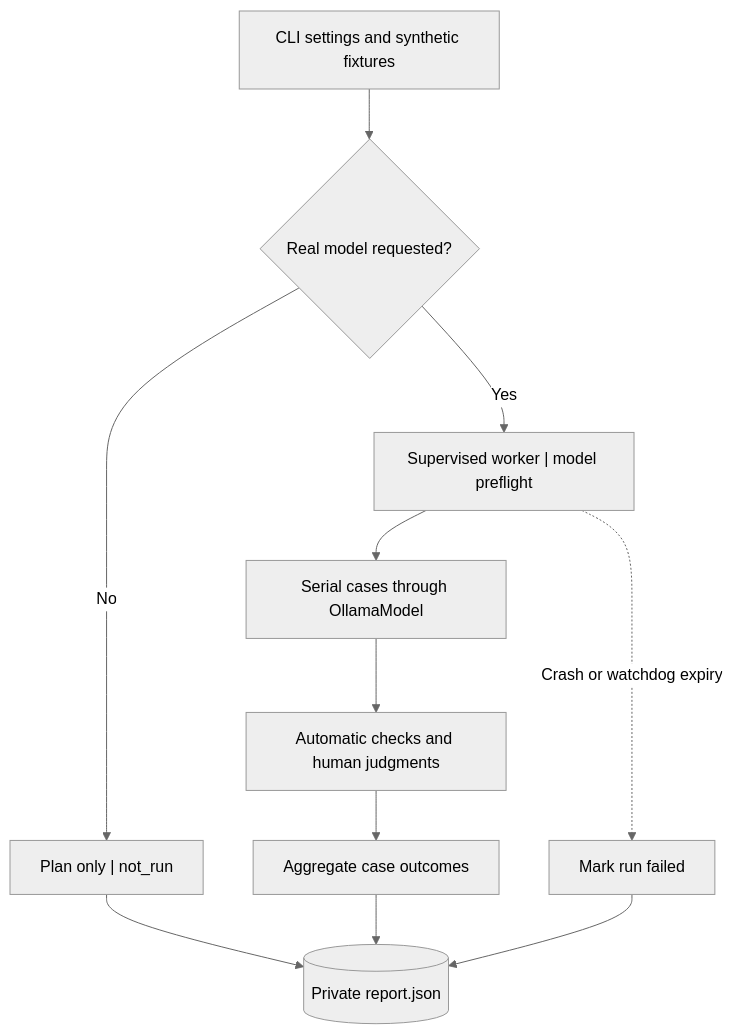
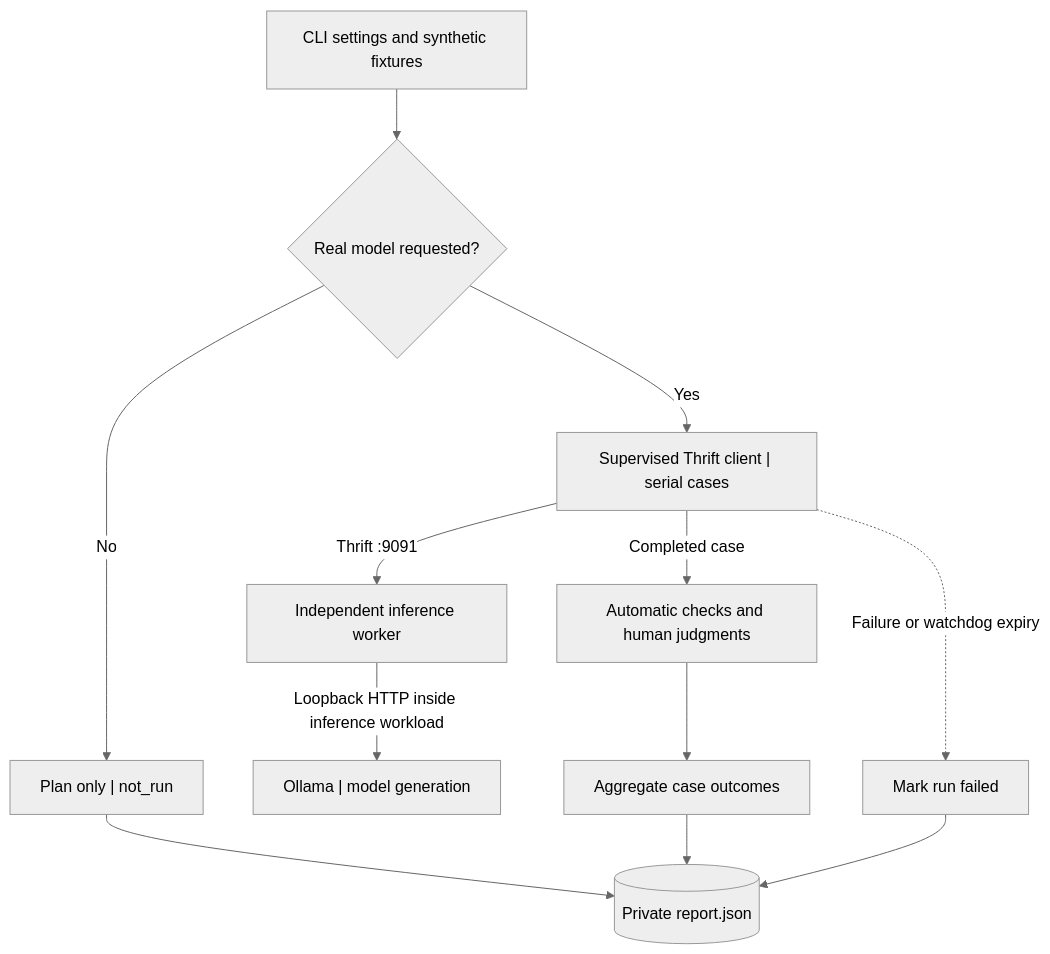
The diagram in docs/testing/model-evaluation.md (GodfreyLyu/LocalQwenDemo), drawn with Mermaid (neutral theme) before and after one commit. The commit also changed other lines of this file and 144 other files, not shown here.

````diff
--- a/docs/testing/model-evaluation.md
+++ b/docs/testing/model-evaluation.md
@@ -13,21 +15,25 @@
 ```mermaid
 flowchart TB
     accTitle: Plan or evaluate the synthetic review suite
-    accDescr: CLI settings and fixed fixtures form a private evaluation plan. Plan mode saves not_run without contacting Ollama. Real mode supervises one serial client worker, validates the model and runs cases through the production Ollama adapter. Automatic checks and explicit human judgments determine the aggregate result. Crashes and watchdog expiry fail the run.
+    accDescr: CLI settings and fixed fixtures form a private plan. Plan mode contacts neither inference service. Real mode supervises a disposable Thrift client that checks the independent worker and runs serial cases through it to Ollama. Automatic checks and explicit human judgments determine the result; client failure or watchdog expiry fails the run.
     inputs["CLI settings and synthetic fixtures"]
     mode{"Real model requested?"}
     plan["Plan only | not_run"]
-    worker["Supervised worker | model preflight"]
-    cases["Serial cases through OllamaModel"]
+    client["Supervised Thrift client | serial cases"]
+    worker["Independent inference worker"]
+    ollama["Ollama | model generation"]
     checks["Automatic checks and human judgments"]
     aggregate["Aggregate case outcomes"]
     failure["Mark run failed"]
     report[("Private report.json")]
     inputs --> mode
     mode -->|"No"| plan
     plan --> report
-    mode -->|"Yes"| worker
-    worker --> cases --> checks --> aggregate --> report
-    worker -.->|"Crash or watchdog expiry"| failure
+    mode -->|"Yes"| client
+    client -->|"Thrift :9091"| worker
+    worker -->|"Loopback HTTP inside inference workload"| ollama
+    client -->|"Completed case"| checks
+    checks --> aggregate --> report
+    client -.->|"Failure or watchdog expiry"| failure
     failure --> report
 ```
````
